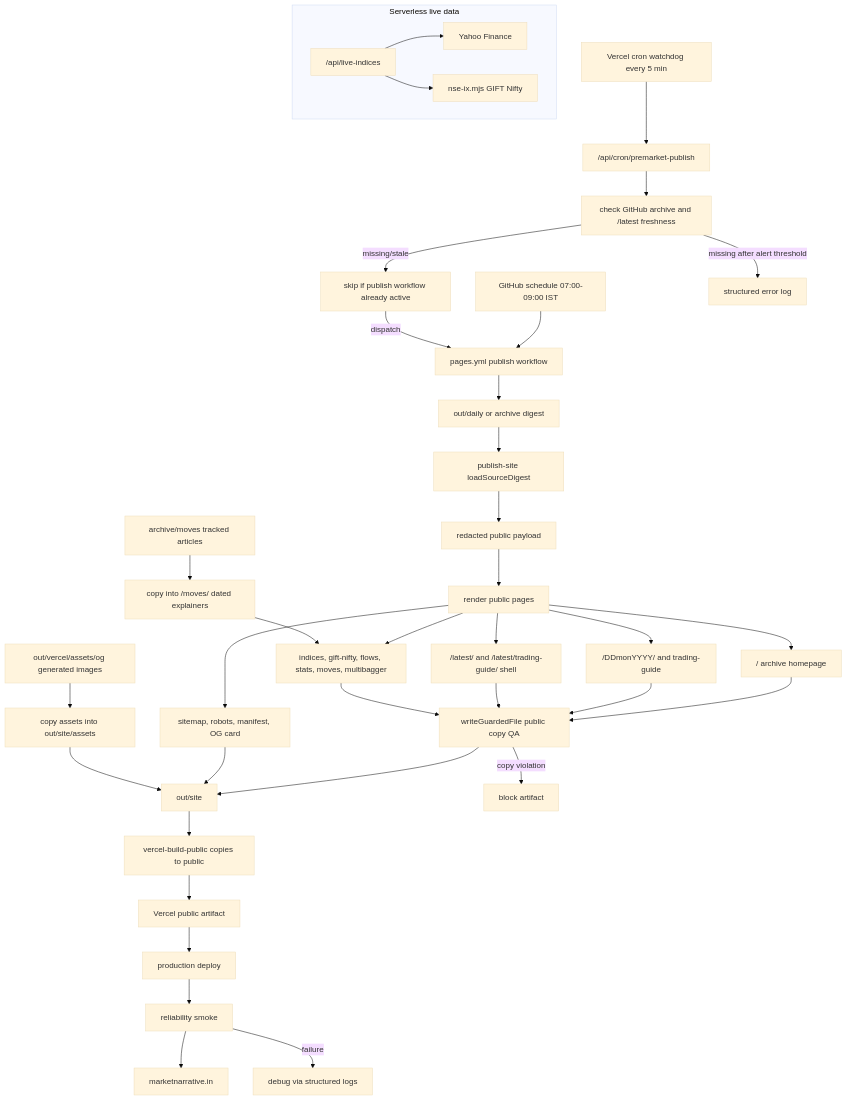
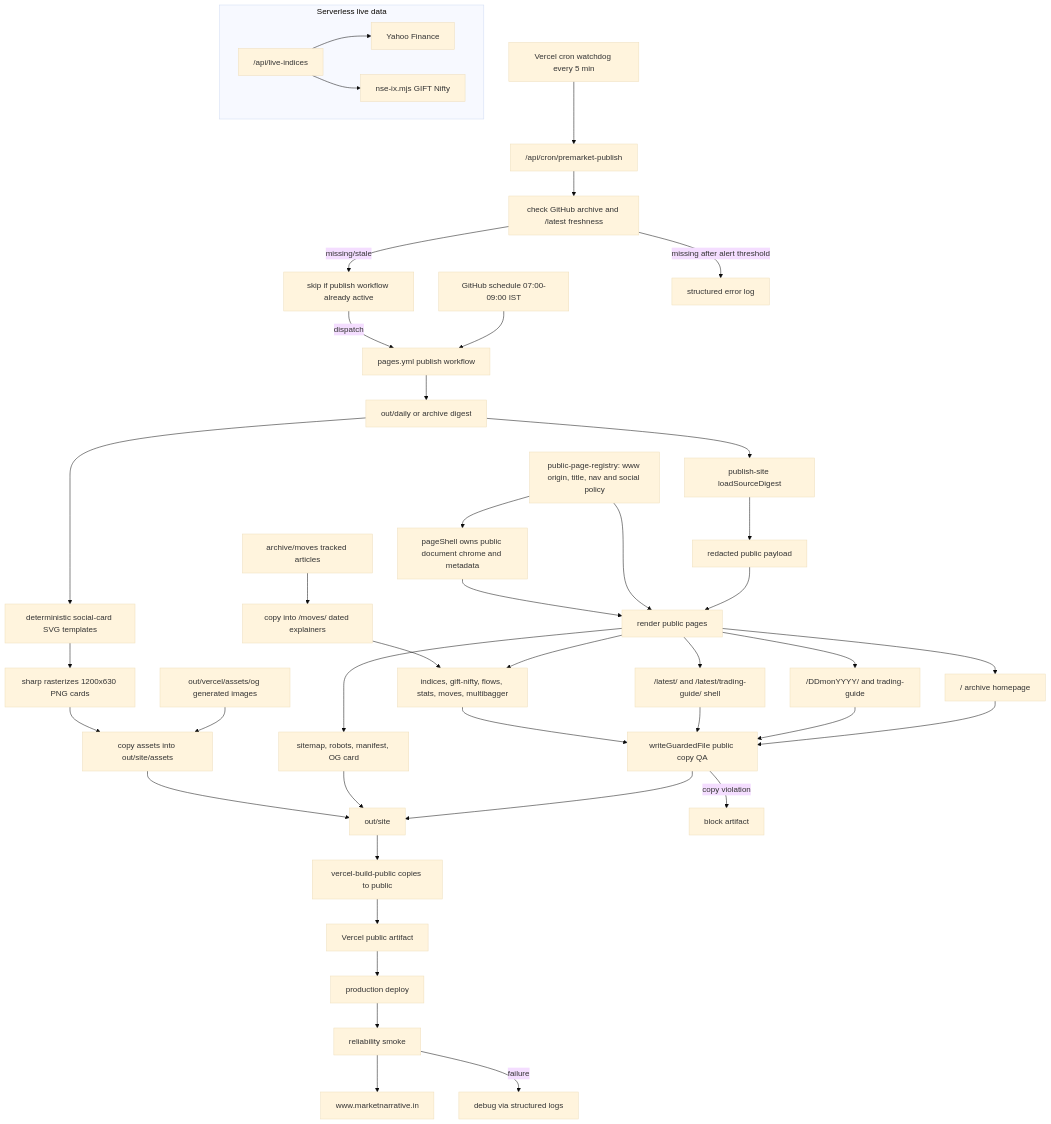
One commit to Abheydeep/marketNews changed the diagram in context/architecture-diagrams/04-static-publish-deploy.mmd. Above: the diagram before and after it, drawn with Mermaid (base theme). The commit also changed 79 other files, not shown here.

Commit message:
feat(public): unify shell and harden publication

```diff
--- a/context/architecture-diagrams/04-static-publish-deploy.mmd
+++ b/context/architecture-diagrams/04-static-publish-deploy.mmd
@@ -1,42 +1,48 @@
 flowchart TD
   GitHubSchedule["GitHub schedule 07:00-09:00 IST"] --> PagesWorkflow["pages.yml publish workflow"]
   VercelCron["Vercel cron watchdog every 5 min"] --> CronApi["/api/cron/premarket-publish"]
   CronApi --> ArchiveCheck["check GitHub archive and /latest freshness"]
   ArchiveCheck -->|missing/stale| ActiveRunCheck["skip if publish workflow already active"]
   ActiveRunCheck -->|dispatch| PagesWorkflow
   ArchiveCheck -->|missing after alert threshold| HardAlert["structured error log"]
   PagesWorkflow --> Digest
 
   Digest["out/daily or archive digest"] --> Load["publish-site loadSourceDigest"]
+  Registry["public-page-registry: www origin, title, nav and social policy"] --> SharedShell["pageShell owns public document chrome and metadata"]
   RuntimeAssets["out/vercel/assets/og generated images"] --> AssetCopy["copy assets into out/site/assets"]
+  Digest --> SocialCards["deterministic social-card SVG templates"]
+  SocialCards --> Sharp["sharp rasterizes 1200x630 PNG cards"]
+  Sharp --> AssetCopy
   Load --> Redact["redacted public payload"]
   Redact --> Pages["render public pages"]
+  Registry --> Pages
+  SharedShell --> Pages
   Pages --> Home["/ archive homepage"]
   Pages --> Dated["/DDmonYYYY/ and trading-guide"]
   Pages --> Latest["/latest/ and /latest/trading-guide/ shell"]
   Pages --> Hubs["indices, gift-nifty, flows, stats, moves, multibagger"]
   Pages --> SEO["sitemap, robots, manifest, OG card"]
   MovesArchive["archive/moves tracked articles"] --> MovesCopy["copy into /moves/ dated explainers"]
   MovesCopy --> Hubs
 
   subgraph LiveAPI["Serverless live data"]
     LiveIndices["/api/live-indices"]
     LiveIndices --> YahooLive["Yahoo Finance"]
     LiveIndices --> NseIxLive["nse-ix.mjs GIFT Nifty"]
   end
 
   Home --> Guard["writeGuardedFile public copy QA"]
   Dated --> Guard
   Latest --> Guard
   Hubs --> Guard
   Guard --> OutSite["out/site"]
   SEO --> OutSite
   AssetCopy --> OutSite
   OutSite --> VercelBuild["vercel-build-public copies to public"]
   VercelBuild --> Artifact["Vercel public artifact"]
   Artifact --> Deploy["production deploy"]
   Deploy --> Smoke["reliability smoke"]
-  Smoke --> Live["marketnarrative.in"]
+  Smoke --> Live["www.marketnarrative.in"]
 
   Guard -->|copy violation| Block["block artifact"]
   Smoke -->|failure| Incident["debug via structured logs"]
```
